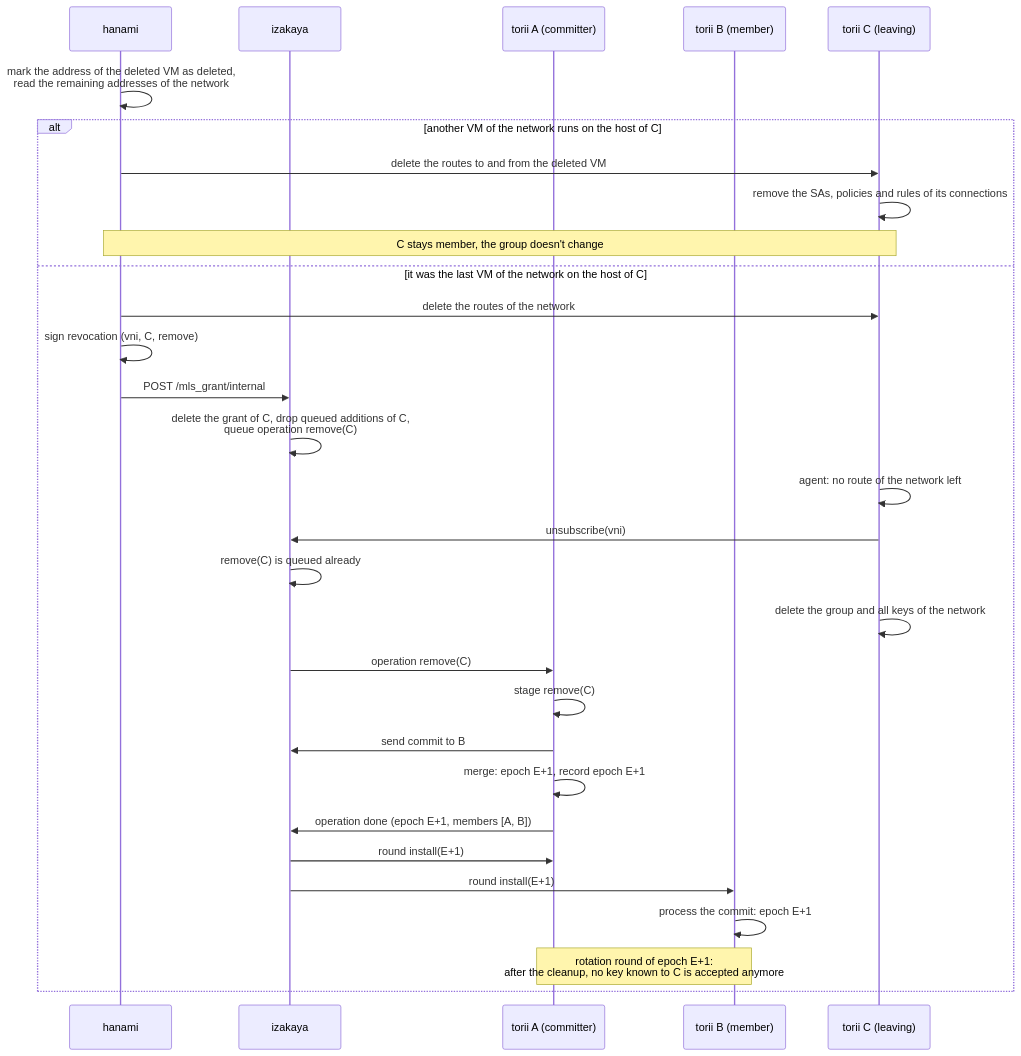
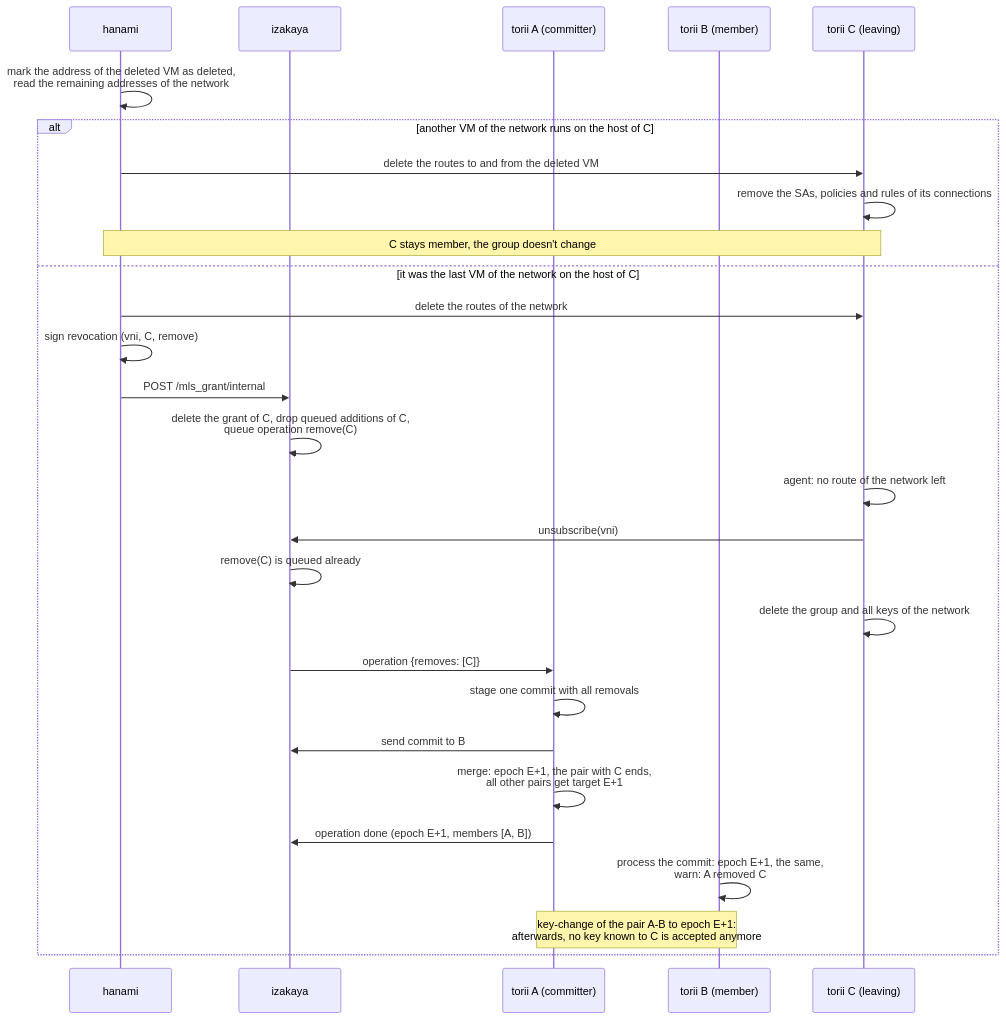
Before and after one commit to kitsudaiki/ainari: the tenth of 20 diagrams in docs/developer/sequence_diagrams/network_crypto_key_exchange.md, drawn with Mermaid. The commit also changed other lines of this file and 3 other files, not shown here.

````diff
--- a/docs/developer/sequence_diagrams/network_crypto_key_exchange.md
+++ b/docs/developer/sequence_diagrams/network_crypto_key_exchange.md
@@ -348,35 +399,33 @@
 ```mermaid
 sequenceDiagram
     participant H as hanami
     participant I as izakaya
     participant TA as torii A (committer)
     participant TB as torii B (member)
     participant TC as torii C (leaving)
 
     H->>H: mark the address of the deleted VM as deleted,<br/>read the remaining addresses of the network
     alt another VM of the network runs on the host of C
         H->>TC: delete the routes to and from the deleted VM
         TC->>TC: remove the SAs, policies and rules of its connections
         Note over H,TC: C stays member, the group doesn't change
     else it was the last VM of the network on the host of C
         H->>TC: delete the routes of the network
         H->>H: sign revocation (vni, C, remove)
         H->>I: POST /mls_grant/internal
         I->>I: delete the grant of C, drop queued additions of C,<br/>queue operation remove(C)
 
         TC->>TC: agent: no route of the network left
         TC->>I: unsubscribe(vni)
         I->>I: remove(C) is queued already
         TC->>TC: delete the group and all keys of the network
 
-        I->>TA: operation remove(C)
-        TA->>TA: stage remove(C)
+        I->>TA: operation {removes: [C]}
+        TA->>TA: stage one commit with all removals
         TA->>I: send commit to B
-        TA->>TA: merge: epoch E+1, record epoch E+1
+        TA->>TA: merge: epoch E+1, the pair with C ends,<br/>all other pairs get target E+1
         TA->>I: operation done (epoch E+1, members [A, B])
-        I->>TA: round install(E+1)
-        I->>TB: round install(E+1)
-        TB->>TB: process the commit: epoch E+1
-        Note over TA,TB: rotation round of epoch E+1:<br/>after the cleanup, no key known to C is accepted anymore
+        TB->>TB: process the commit: epoch E+1, the same,<br/>warn: A removed C
+        Note over TA,TB: key-change of the pair A-B to epoch E+1:<br/>afterwards, no key known to C is accepted anymore
     end
 ```
````
